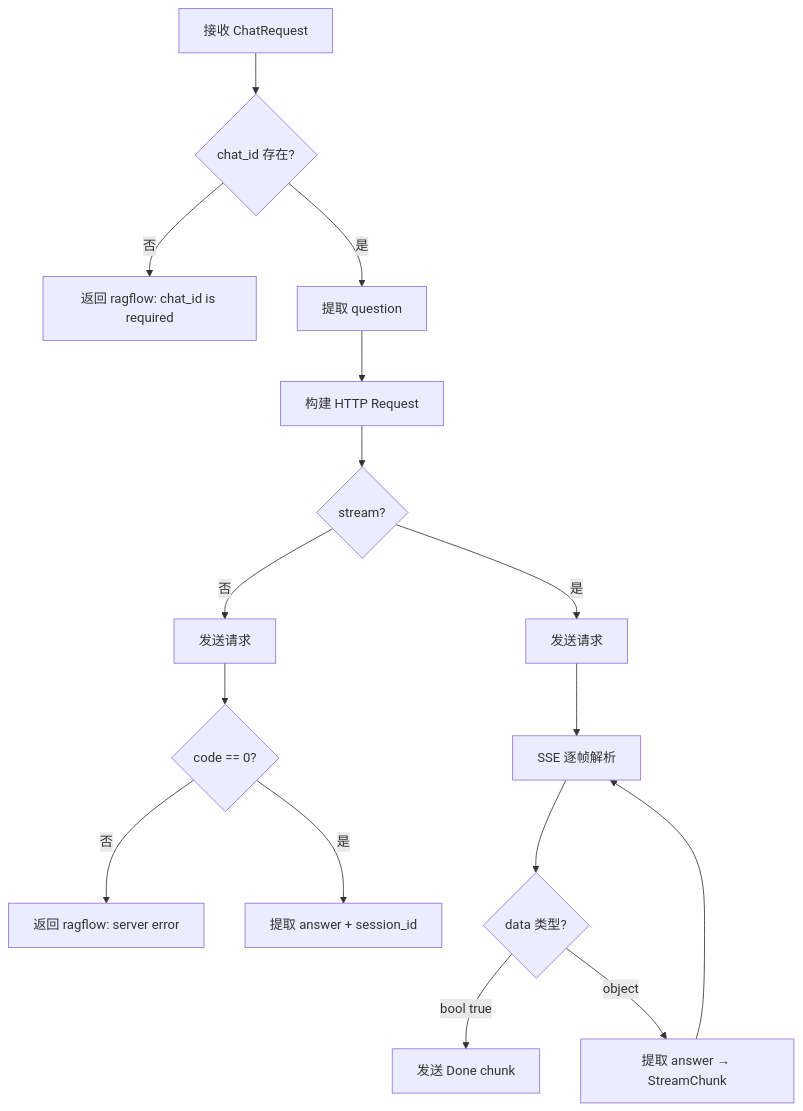
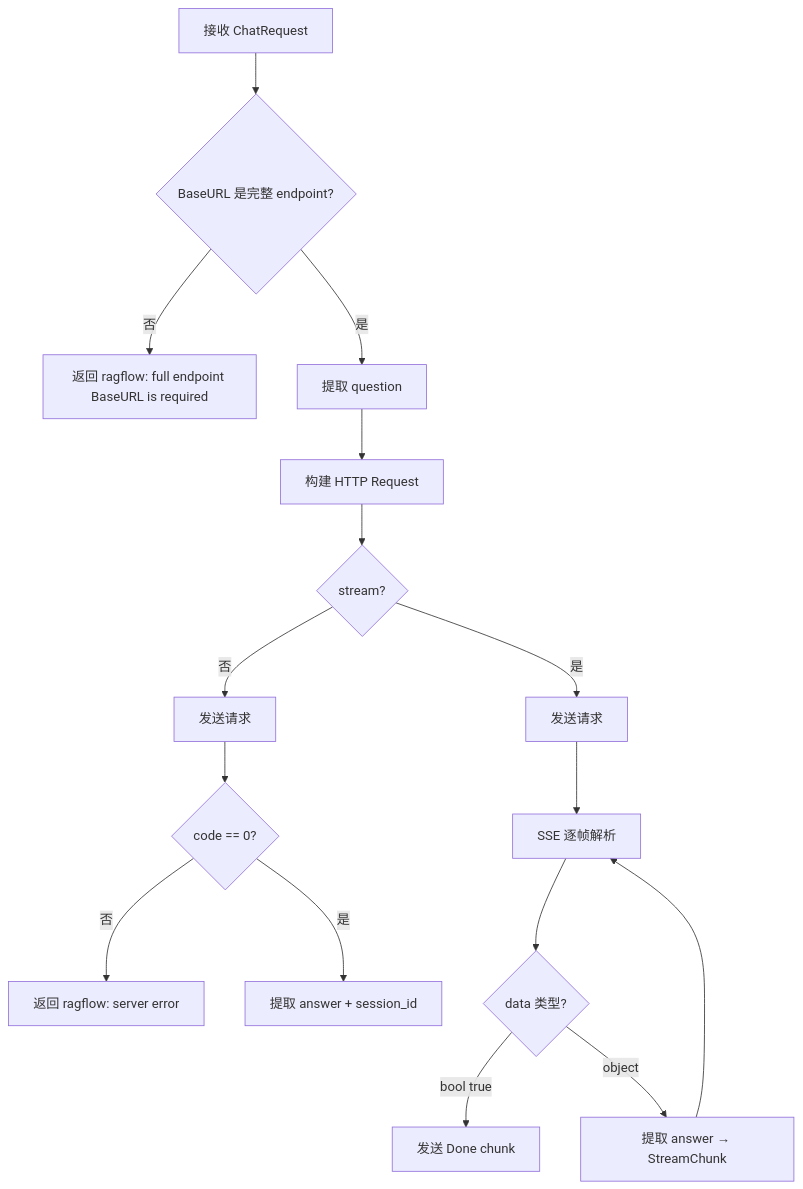
One commit to Michaelxwb/ai-api-sdk changed the third of 3 diagrams in docs/internal/design-ragflow-chat-integration.md. Above: the diagram before and after it, drawn with Mermaid. The commit also changed other lines of this file and 25 other files, not shown here.

````diff
--- a/docs/internal/design-ragflow-chat-integration.md
+++ b/docs/internal/design-ragflow-chat-integration.md
@@ -333,18 +333,18 @@
 ```mermaid
 flowchart TD
-    A[接收 ChatRequest] --> B{chat_id 存在?}
-    B -->|否| C["返回 ragflow: chat_id is required"]
+    A[接收 ChatRequest] --> B{BaseURL 是完整 endpoint?}
+    B -->|否| C["返回 ragflow: full endpoint BaseURL is required"]
     B -->|是| D[提取 question]
     D --> E[构建 HTTP Request]
     E --> F{stream?}
     F -->|否| G[发送请求]
     G --> H{code == 0?}
     H -->|否| I["返回 ragflow: server error"]
     H -->|是| J[提取 answer + session_id]
     F -->|是| K[发送请求]
     K --> L[SSE 逐帧解析]
     L --> M{data 类型?}
     M -->|bool true| N[发送 Done chunk]
     M -->|object| O[提取 answer → StreamChunk]
     O --> L
 ```
````
